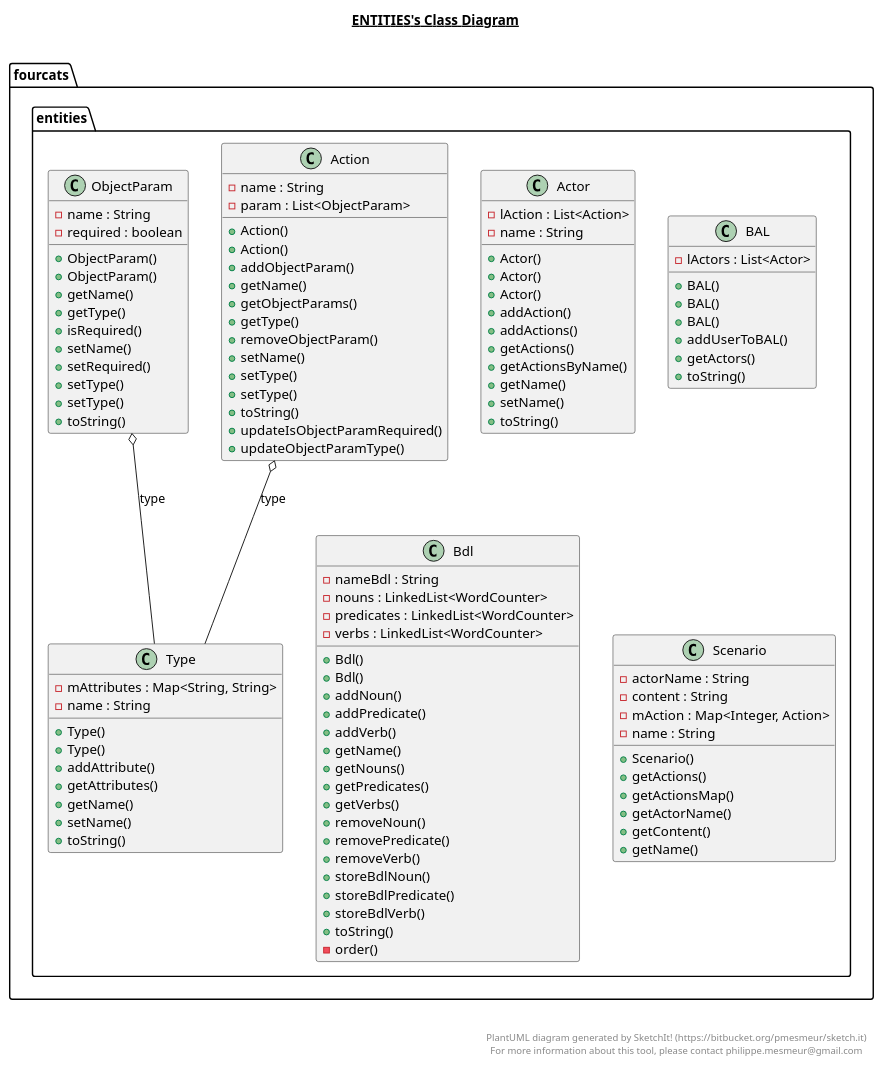
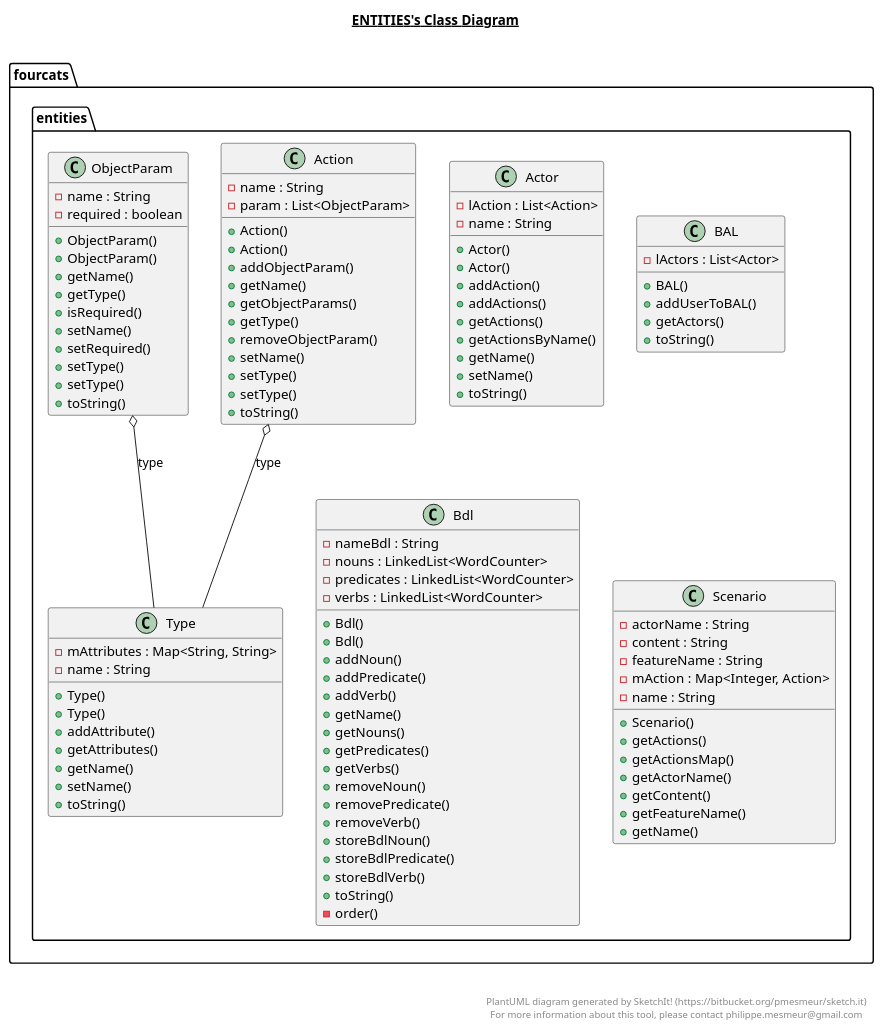
The diagram in NaturalAPI_Design/src/main/java/fourcats/entities/Entities.plantuml (fourcatsteam/NaturalAPI), drawn with PlantUML before and after one commit. The commit also changed 28 other files, not shown here.

```diff
--- a/NaturalAPI_Design/src/main/java/fourcats/entities/Entities.plantuml
+++ b/NaturalAPI_Design/src/main/java/fourcats/entities/Entities.plantuml
@@ -1,158 +1,155 @@
 @startuml
 
 title __ENTITIES's Class Diagram__\n
 
   namespace fourcats {
     namespace entities {
       class fourcats.entities.Action {
           - name : String
           - param : List<ObjectParam>
           + Action()
           + Action()
           + addObjectParam()
           + getName()
           + getObjectParams()
           + getType()
           + removeObjectParam()
           + setName()
           + setType()
           + setType()
           + toString()
-          + updateIsObjectParamRequired()
-          + updateObjectParamType()
       }
     }
   }
   
 
   namespace fourcats {
     namespace entities {
       class fourcats.entities.Actor {
           - lAction : List<Action>
           - name : String
-          + Actor()
           + Actor()
           + Actor()
           + addAction()
           + addActions()
           + getActions()
           + getActionsByName()
           + getName()
           + setName()
           + toString()
       }
     }
   }
   
 
   namespace fourcats {
     namespace entities {
       class fourcats.entities.BAL {
           - lActors : List<Actor>
-          + BAL()
-          + BAL()
           + BAL()
           + addUserToBAL()
           + getActors()
           + toString()
       }
     }
   }
   
 
   namespace fourcats {
     namespace entities {
       class fourcats.entities.Bdl {
           - nameBdl : String
           - nouns : LinkedList<WordCounter>
           - predicates : LinkedList<WordCounter>
           - verbs : LinkedList<WordCounter>
           + Bdl()
           + Bdl()
           + addNoun()
           + addPredicate()
           + addVerb()
           + getName()
           + getNouns()
           + getPredicates()
           + getVerbs()
           + removeNoun()
           + removePredicate()
           + removeVerb()
           + storeBdlNoun()
           + storeBdlPredicate()
           + storeBdlVerb()
           + toString()
           - order()
       }
     }
   }
   
 
   namespace fourcats {
     namespace entities {
       class fourcats.entities.ObjectParam {
           - name : String
           - required : boolean
           + ObjectParam()
           + ObjectParam()
           + getName()
           + getType()
           + isRequired()
           + setName()
           + setRequired()
           + setType()
           + setType()
           + toString()
       }
     }
   }
   
 
   namespace fourcats {
     namespace entities {
       class fourcats.entities.Scenario {
           - actorName : String
           - content : String
+          - featureName : String
           - mAction : Map<Integer, Action>
           - name : String
           + Scenario()
           + getActions()
           + getActionsMap()
           + getActorName()
           + getContent()
+          + getFeatureName()
           + getName()
       }
     }
   }
   
 
   namespace fourcats {
     namespace entities {
       class fourcats.entities.Type {
           - mAttributes : Map<String, String>
           - name : String
           + Type()
           + Type()
           + addAttribute()
           + getAttributes()
           + getName()
           + setName()
           + toString()
       }
     }
   }
   
 
   fourcats.entities.Action o-- fourcats.entities.Type : type
   fourcats.entities.ObjectParam o-- fourcats.entities.Type : type
 
 
 right footer
 
 
 PlantUML diagram generated by SketchIt! (https://bitbucket.org/pmesmeur/sketch.it)
 For more information about this tool, please contact philippe.mesmeur@gmail.com
 endfooter
 
 @enduml
```
